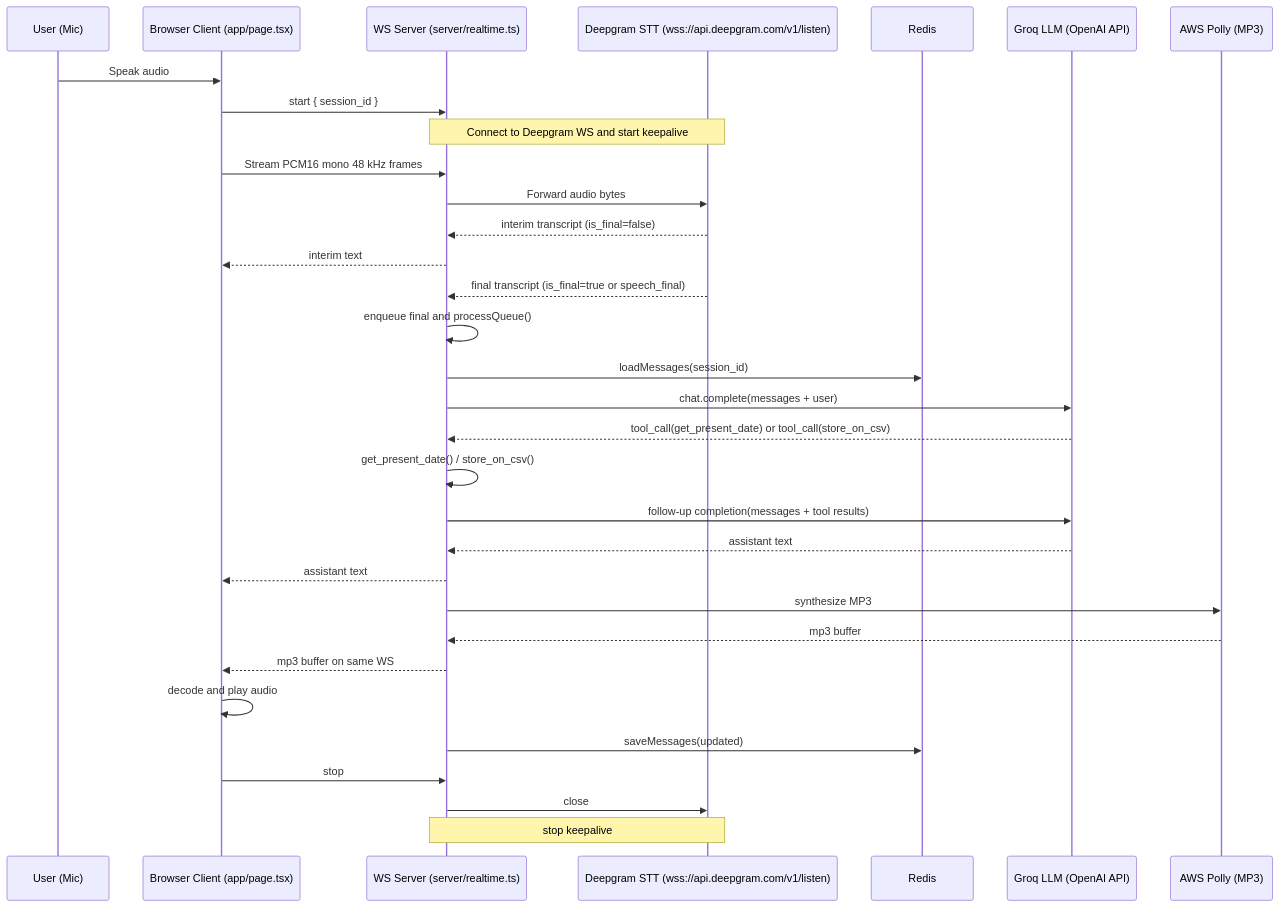
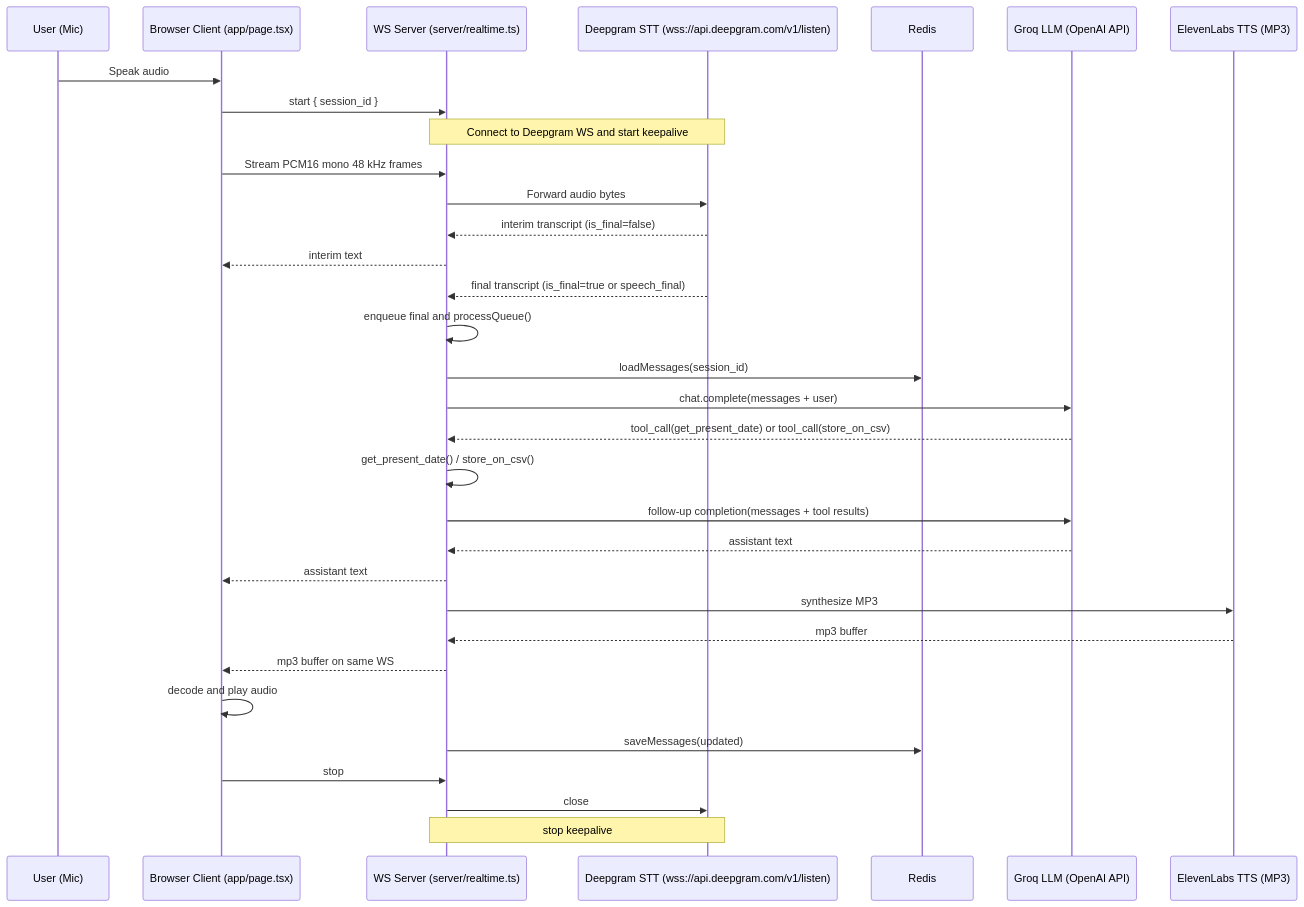
The diagram in README.md (devroopsaha744/voicebook), drawn with Mermaid before and after one commit. The commit also changed other lines of this file and 2 other files, not shown here.

````diff
--- a/README.md
+++ b/README.md
@@ -93,35 +88,35 @@
 ```mermaid
 sequenceDiagram
 	participant U as User (Mic)
 	participant C as Browser Client (app/page.tsx)
 	participant S as WS Server (server/realtime.ts)
 	participant DG as Deepgram STT (wss://api.deepgram.com/v1/listen)
 	participant R as Redis
 	participant LLM as Groq LLM (OpenAI API)
-	participant TTS as AWS Polly (MP3)
+	participant TTS as ElevenLabs TTS (MP3)
 
 	U->>C: Speak audio
 	C->>S: start { session_id }
 	Note over S,DG: Connect to Deepgram WS and start keepalive
 	C->>S: Stream PCM16 mono 48 kHz frames
 	S->>DG: Forward audio bytes
 	DG-->>S: interim transcript (is_final=false)
 	S-->>C: interim text
 	DG-->>S: final transcript (is_final=true or speech_final)
 	S->>S: enqueue final and processQueue()
 	S->>R: loadMessages(session_id)
 	S->>LLM: chat.complete(messages + user)
 	LLM-->>S: tool_call(get_present_date) or tool_call(store_on_csv)
 	S->>S: get_present_date() / store_on_csv()
 	S->>LLM: follow-up completion(messages + tool results)
 	LLM-->>S: assistant text
 	S-->>C: assistant text
 	S->>TTS: synthesize MP3
 	TTS-->>S: mp3 buffer
 	S-->>C: mp3 buffer on same WS
 	C->>C: decode and play audio
 	S->>R: saveMessages(updated)
 	C->>S: stop
 	S->>DG: close
 	Note over S,DG: stop keepalive
 ```
````
